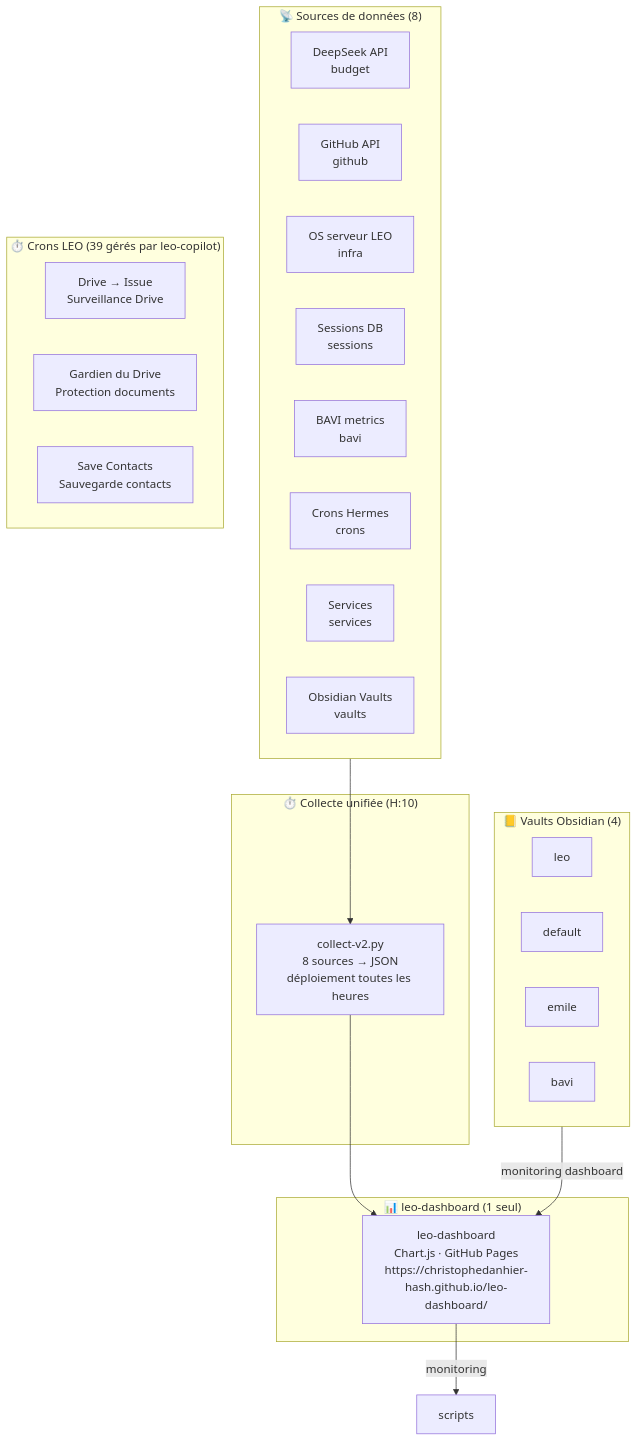
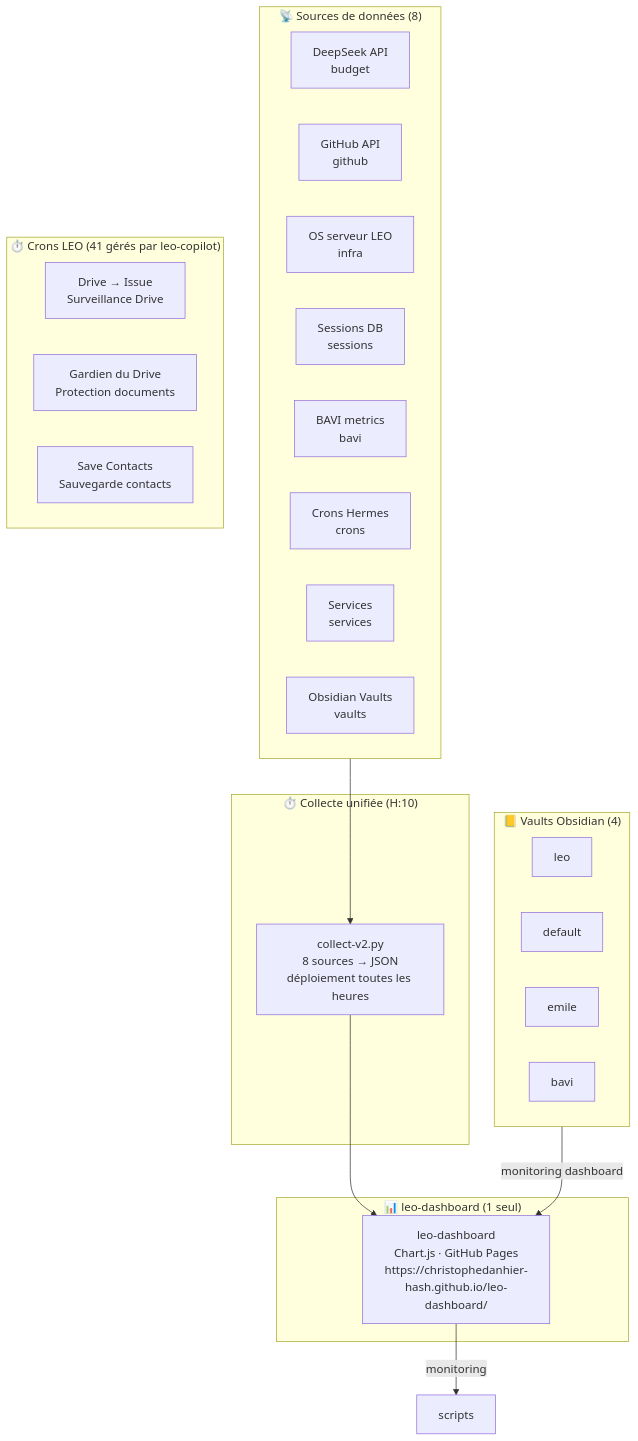
The diagram in docs/hermes/utilisation/architecture-leo.md (christophedanhier-hash/hermes-wiki), drawn with Mermaid before and after one commit. The commit also changed other lines of this file and 55 other files, not shown here.

````diff
--- a/docs/hermes/utilisation/architecture-leo.md
+++ b/docs/hermes/utilisation/architecture-leo.md
@@ -11,39 +11,39 @@
 ```mermaid
 flowchart TB
     subgraph Sources["📡 Sources de données (8)"]
         DS["DeepSeek API<br/>budget"]
         GH_API["GitHub API<br/>github"]
         OS["OS serveur LEO<br/>infra"]
         SESS["Sessions DB<br/>sessions"]
         BAVI_M["BAVI metrics<br/>bavi"]
         CRONS_M["Crons Hermes<br/>crons"]
         SVCS["Services<br/>services"]
         VAULTS["Obsidian Vaults<br/>vaults"]
     end
 
     subgraph Collecte["⏱️ Collecte unifiée (H:10)"]
         COLLECT["collect-v2.py<br/>8 sources → JSON<br/>déploiement toutes les heures"]
     end
 
     subgraph Dashboard["📊 leo-dashboard (1 seul)"]
         DASH["leo-dashboard<br/>Chart.js · GitHub Pages<br/>https://christophedanhier-hash.github.io/leo-dashboard/"]
     end
 
-    subgraph crons["⏱️ Crons LEO (39 gérés par leo-copilot)"]
+    subgraph crons["⏱️ Crons LEO (41 gérés par leo-copilot)"]
         DRIVE_ISSUE["Drive → Issue<br/>Surveillance Drive"]
         GARDIEN["Gardien du Drive<br/>Protection documents"]
         SAVE_CONTACTS["Save Contacts<br/>Sauvegarde contacts"]
     end
 
     subgraph Vaults["📒 Vaults Obsidian (4)"]
         LEO_VAULT["leo"]
         DEFAULT_VAULT["default"]
         EMILE_VAULT["emile"]
         BAVI_VAULT["bavi"]
     end
 
     Sources --> COLLECT
     COLLECT --> DASH
     DASH -->|monitoring| scripts
     Vaults -->|monitoring dashboard| DASH
 ```
````
